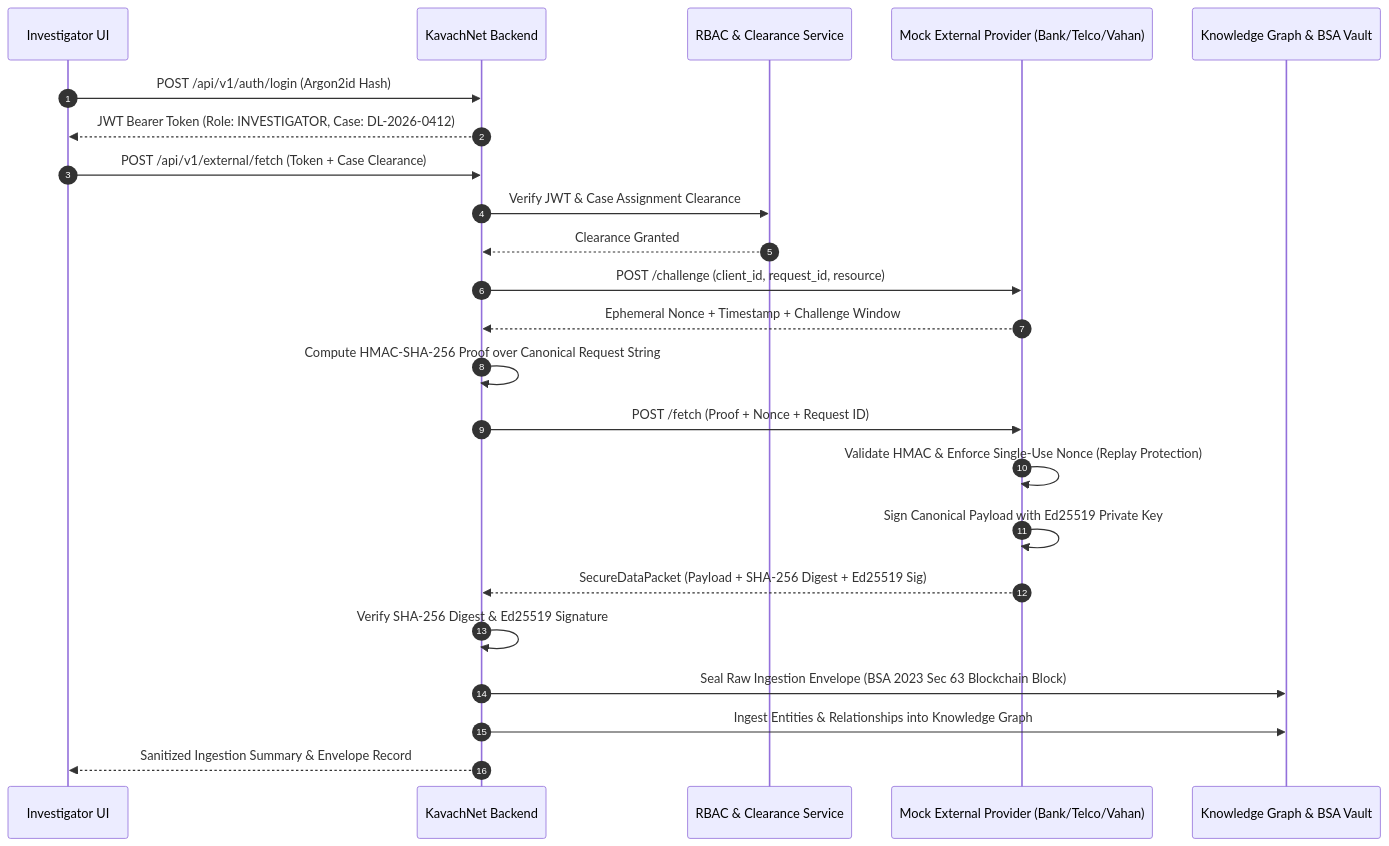
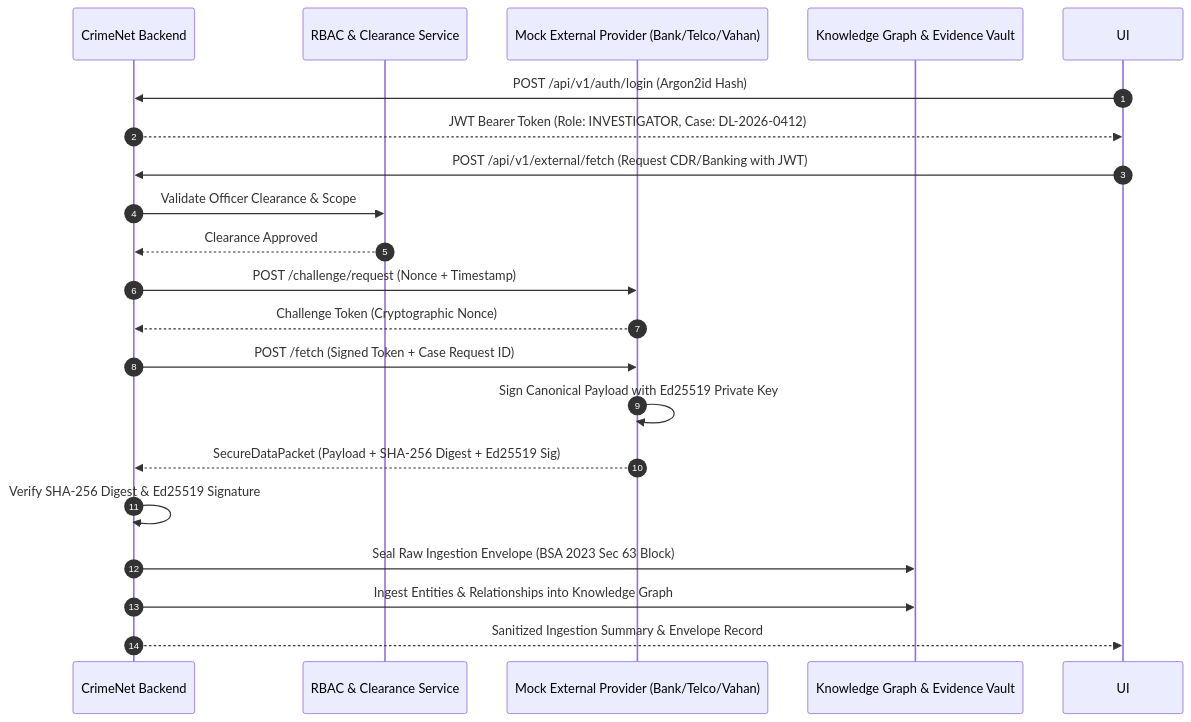
One commit to Yamadakun101/SIH2026 changed the second of 2 diagrams in README.md. Above: the diagram before and after it, drawn with Mermaid. The commit also changed other lines of this file, not shown here.

Commit message:
docs: update README with VIDUR branding and BSA 2023 alignment disclaimers

````diff
--- a/README.md
+++ b/README.md
@@ -195,26 +178,23 @@
 ```mermaid
 sequenceDiagram
     autonumber
-    participant UI as Investigator UI
-    participant API as KavachNet Backend
+    participant API as CrimeNet Backend
     participant Auth as RBAC & Clearance Service
     participant Ext as Mock External Provider (Bank/Telco/Vahan)
-    participant DB as Knowledge Graph & BSA Vault
+    participant DB as Knowledge Graph & Evidence Vault
 
     UI->>API: POST /api/v1/auth/login (Argon2id Hash)
     API-->>UI: JWT Bearer Token (Role: INVESTIGATOR, Case: DL-2026-0412)
-    UI->>API: POST /api/v1/external/fetch (Token + Case Clearance)
-    API->>Auth: Verify JWT & Case Assignment Clearance
-    Auth-->>API: Clearance Granted
-    API->>Ext: POST /challenge (client_id, request_id, resource)
-    Ext-->>API: Ephemeral Nonce + Timestamp + Challenge Window
-    API->>API: Compute HMAC-SHA-256 Proof over Canonical Request String
-    API->>Ext: POST /fetch (Proof + Nonce + Request ID)
-    Ext->>Ext: Validate HMAC & Enforce Single-Use Nonce (Replay Protection)
+    UI->>API: POST /api/v1/external/fetch (Request CDR/Banking with JWT)
+    API->>Auth: Validate Officer Clearance & Scope
+    Auth-->>API: Clearance Approved
+    API->>Ext: POST /challenge/request (Nonce + Timestamp)
+    Ext-->>API: Challenge Token (Cryptographic Nonce)
+    API->>Ext: POST /fetch (Signed Token + Case Request ID)
     Ext->>Ext: Sign Canonical Payload with Ed25519 Private Key
     Ext-->>API: SecureDataPacket (Payload + SHA-256 Digest + Ed25519 Sig)
     API->>API: Verify SHA-256 Digest & Ed25519 Signature
-    API->>DB: Seal Raw Ingestion Envelope (BSA 2023 Sec 63 Blockchain Block)
+    API->>DB: Seal Raw Ingestion Envelope (BSA 2023 Sec 63 Block)
     API->>DB: Ingest Entities & Relationships into Knowledge Graph
     API-->>UI: Sanitized Ingestion Summary & Envelope Record
 ```
````
